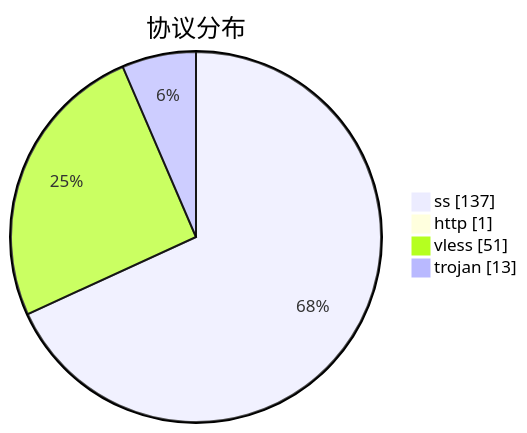
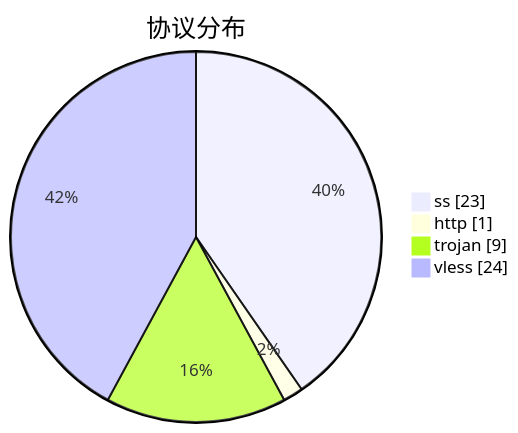
Before and after one commit to qjlxg/airport: the third of 3 diagrams in subs/statistics/tested_within.md, drawn with Mermaid. The commit also changed other lines of this file and 2 other files, not shown here.

````diff
--- a/subs/statistics/tested_within.md
+++ b/subs/statistics/tested_within.md
@@ -17,8 +16,8 @@
 ```mermaid
 pie showData
 title 协议分布
-"ss" : 137
+"ss" : 23
 "http" : 1
-"vless" : 51
-"trojan" : 13
+"trojan" : 9
+"vless" : 24
 ```
````
